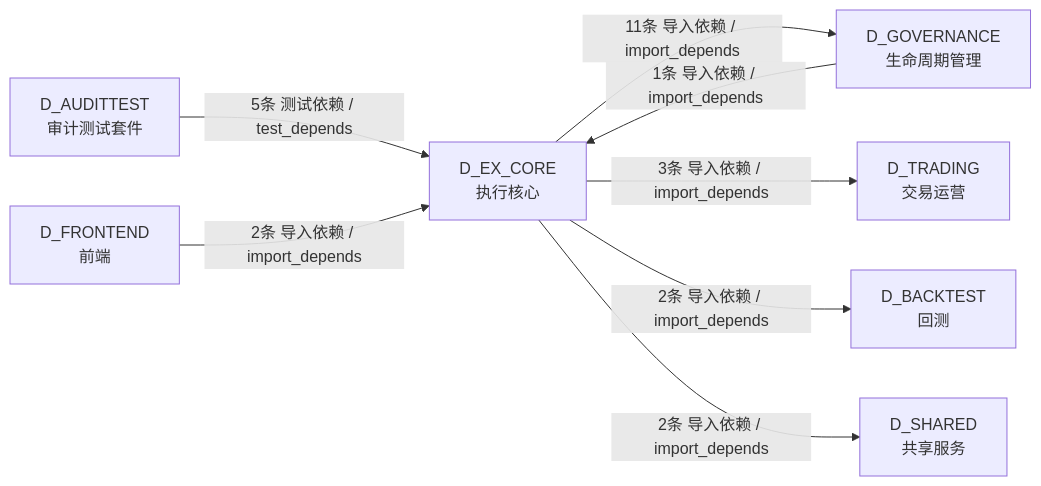
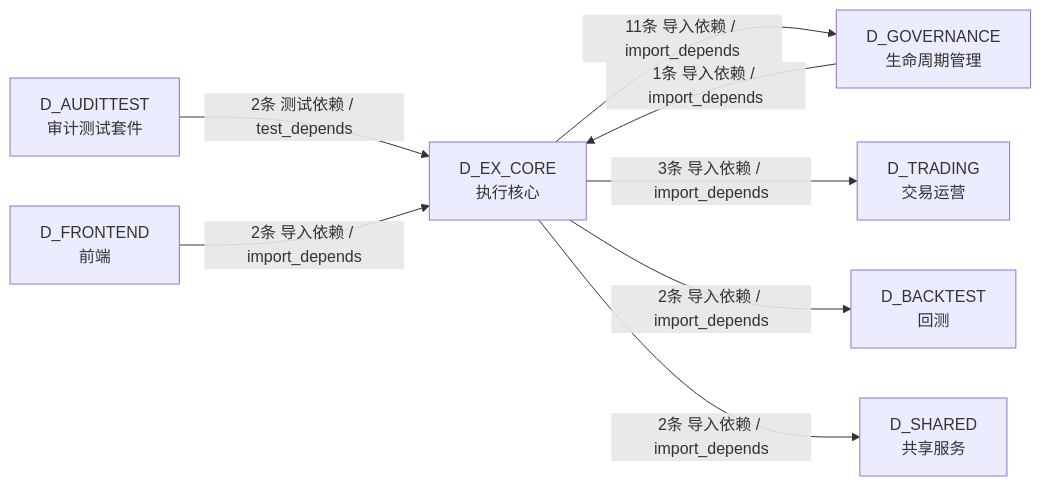
One commit to xuanFelixVan/ZephyrAlpha changed the fifth of 5 diagrams in docs/02_enterprise_architecture/02_domain_architecture_docs/32_d_ex_core.md. Above: the diagram before and after it, drawn with Mermaid. The commit also changed other lines of this file and 112 other files, not shown here.

````diff
--- a/docs/02_enterprise_architecture/02_domain_architecture_docs/32_d_ex_core.md
+++ b/docs/02_enterprise_architecture/02_domain_architecture_docs/32_d_ex_core.md
@@ -281,17 +281,17 @@
 ```mermaid
 graph LR
     D_EX_CORE["D_EX_CORE<br/>执行核心"]
     D_GOVERNANCE["D_GOVERNANCE<br/>生命周期管理"]
     D_TRADING["D_TRADING<br/>交易运营"]
     D_BACKTEST["D_BACKTEST<br/>回测"]
     D_SHARED["D_SHARED<br/>共享服务"]
     D_AUDITTEST["D_AUDITTEST<br/>审计测试套件"]
     D_FRONTEND["D_FRONTEND<br/>前端"]
     D_EX_CORE -->|11条 导入依赖 / import_depends| D_GOVERNANCE
     D_EX_CORE -->|3条 导入依赖 / import_depends| D_TRADING
     D_EX_CORE -->|2条 导入依赖 / import_depends| D_BACKTEST
     D_EX_CORE -->|2条 导入依赖 / import_depends| D_SHARED
-    D_AUDITTEST -->|5条 测试依赖 / test_depends| D_EX_CORE
+    D_AUDITTEST -->|2条 测试依赖 / test_depends| D_EX_CORE
     D_FRONTEND -->|2条 导入依赖 / import_depends| D_EX_CORE
     D_GOVERNANCE -->|1条 导入依赖 / import_depends| D_EX_CORE
 ```
````
